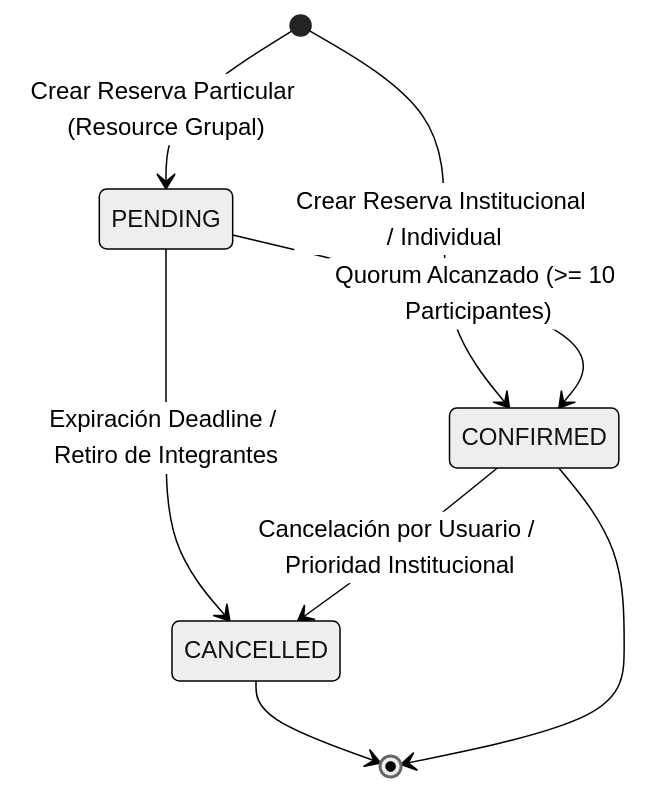
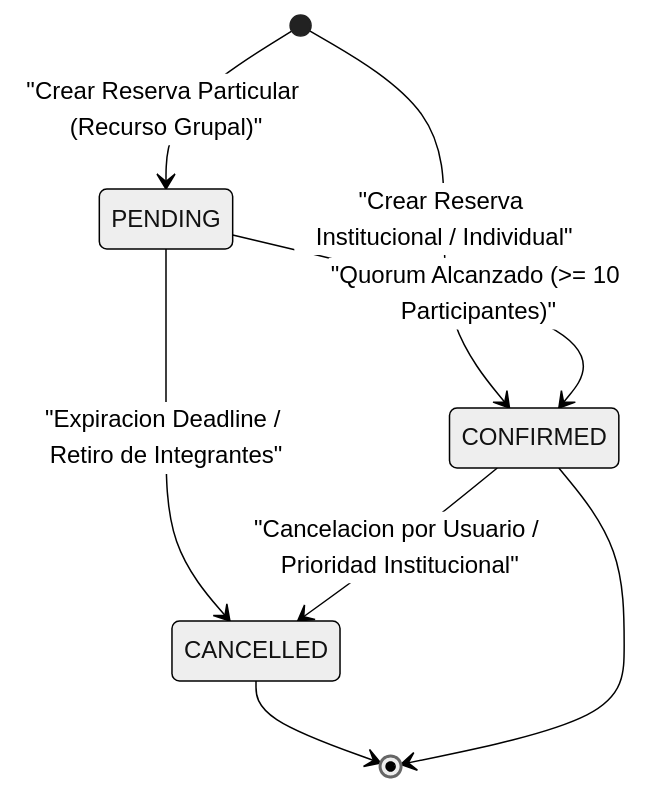
Before and after one commit to Nicolas-Montana-Baeza/Poli-REDI: the second of 2 diagrams in docs/02-arquitectura-y-sistema.md, drawn with Mermaid (neutral theme). The commit also changed other lines of this file, not shown here.

Commit message:
fix: correct formatting and improve clarity in architecture diagrams

````diff
--- a/docs/02-arquitectura-y-sistema.md
+++ b/docs/02-arquitectura-y-sistema.md
@@ -75,10 +75,10 @@
 ```mermaid
 stateDiagram-v2
-    [*] --> PENDING : Crear Reserva Particular (Resource Grupal)
-    [*] --> CONFIRMED : Crear Reserva Institucional / Individual
-    PENDING --> CONFIRMED : Quorum Alcanzado (>= 10 Participantes)
-    PENDING --> CANCELLED : Expiración Deadline / Retiro de Integrantes
-    CONFIRMED --> CANCELLED : Cancelación por Usuario / Prioridad Institucional
+    [*] --> PENDING : "Crear Reserva Particular (Recurso Grupal)"
+    [*] --> CONFIRMED : "Crear Reserva Institucional / Individual"
+    PENDING --> CONFIRMED : "Quorum Alcanzado (>= 10 Participantes)"
+    PENDING --> CANCELLED : "Expiracion Deadline / Retiro de Integrantes"
+    CONFIRMED --> CANCELLED : "Cancelacion por Usuario / Prioridad Institucional"
     CANCELLED --> [*]
     CONFIRMED --> [*]
 ```
````
